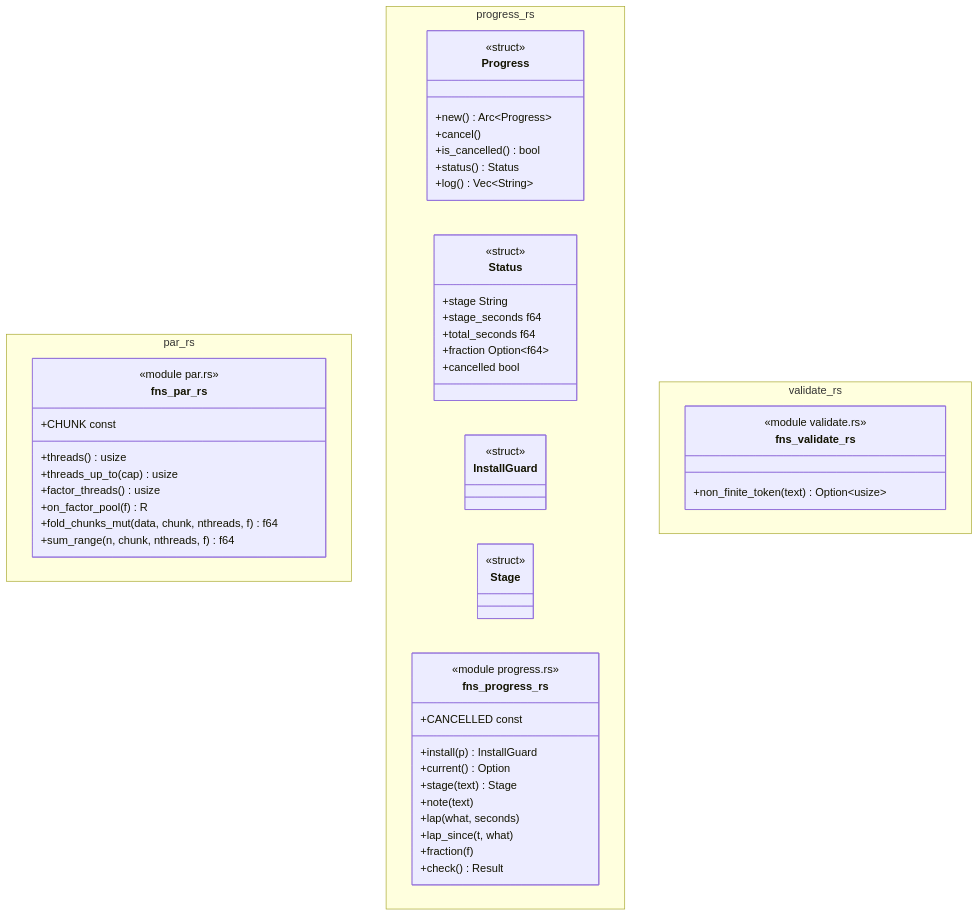
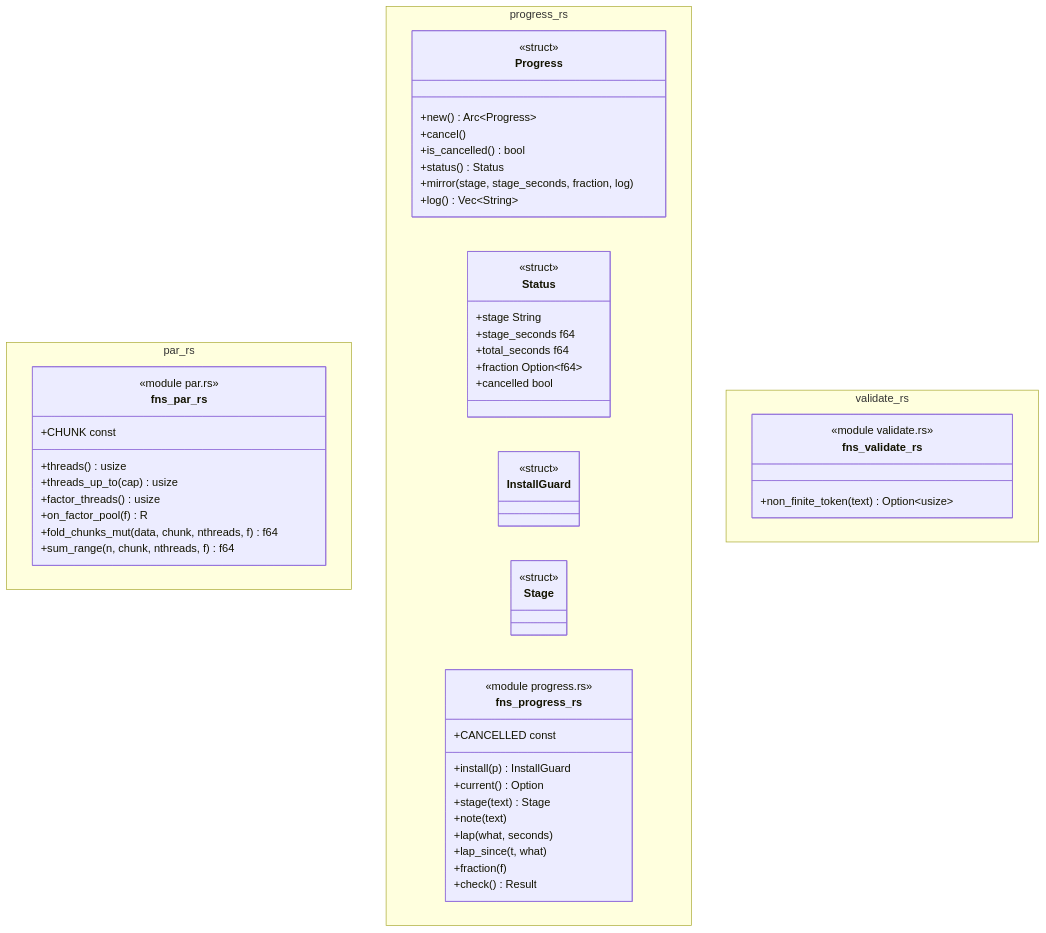
The diagram in docs/architecture/c4/4-code/femcore/runtime.md (p-j-r/nyx), drawn with Mermaid before and after one commit. The commit also changed other lines of this file and 58 other files, not shown here.

````diff
--- a/docs/architecture/c4/4-code/femcore/runtime.md
+++ b/docs/architecture/c4/4-code/femcore/runtime.md
@@ -55,57 +55,58 @@
 ```mermaid
 classDiagram
   namespace par_rs {
     class fns_par_rs {
         <<module par.rs>>
         +threads() usize
         +threads_up_to(cap) usize
         +factor_threads() usize
         +on_factor_pool(f) R
         +fold_chunks_mut(data, chunk, nthreads, f) f64
         +sum_range(n, chunk, nthreads, f) f64
         +CHUNK const
     }
   }
   namespace progress_rs {
     class Progress {
         <<struct>>
         +new() Arc~Progress~
         +cancel()
         +is_cancelled() bool
         +status() Status
+        +mirror(stage, stage_seconds, fraction, log)
         +log() Vec~String~
     }
     class Status {
         <<struct>>
         +stage String
         +stage_seconds f64
         +total_seconds f64
         +fraction Option~f64~
         +cancelled bool
     }
     class InstallGuard {
         <<struct>>
     }
     class Stage {
         <<struct>>
     }
     class fns_progress_rs {
         <<module progress.rs>>
         +install(p) InstallGuard
         +current() Option
         +stage(text) Stage
         +note(text)
         +lap(what, seconds)
         +lap_since(t, what)
         +fraction(f)
         +check() Result
         +CANCELLED const
     }
   }
   namespace validate_rs {
     class fns_validate_rs {
         <<module validate.rs>>
         +non_finite_token(text) Option~usize~
     }
   }
 ```
````
